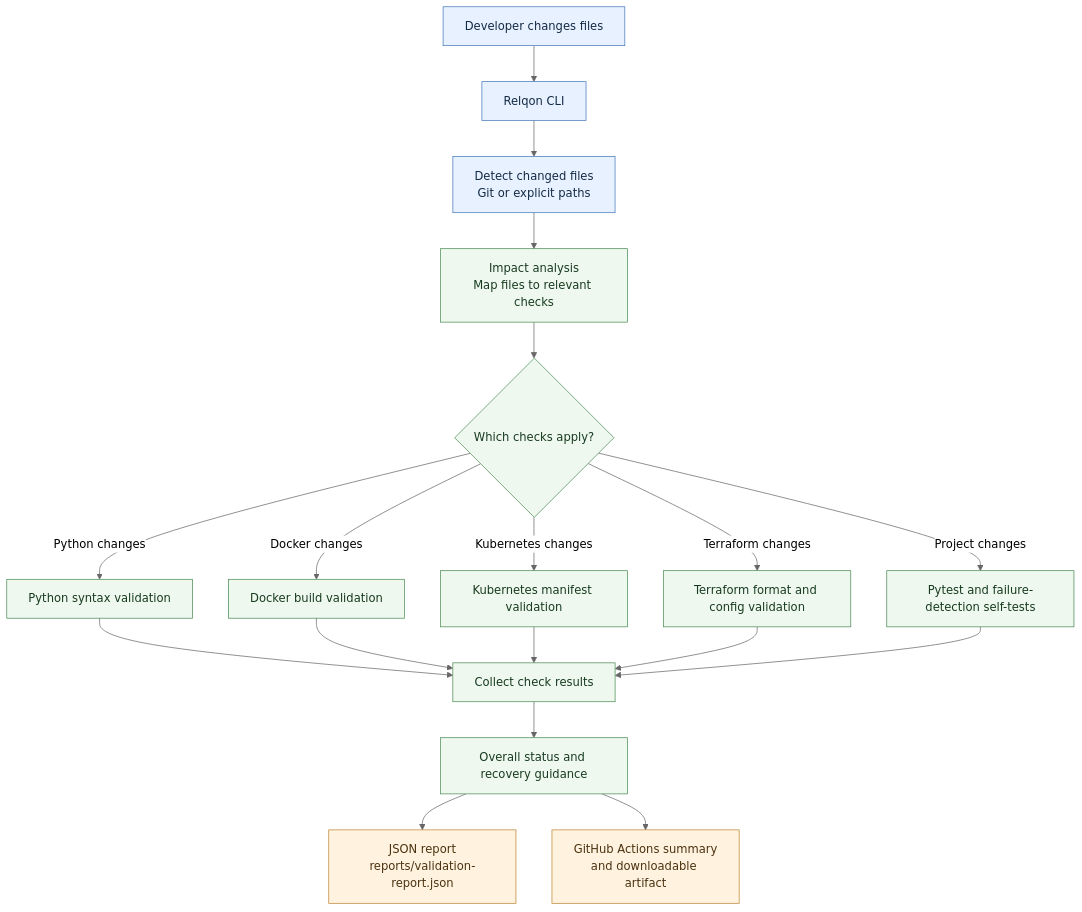
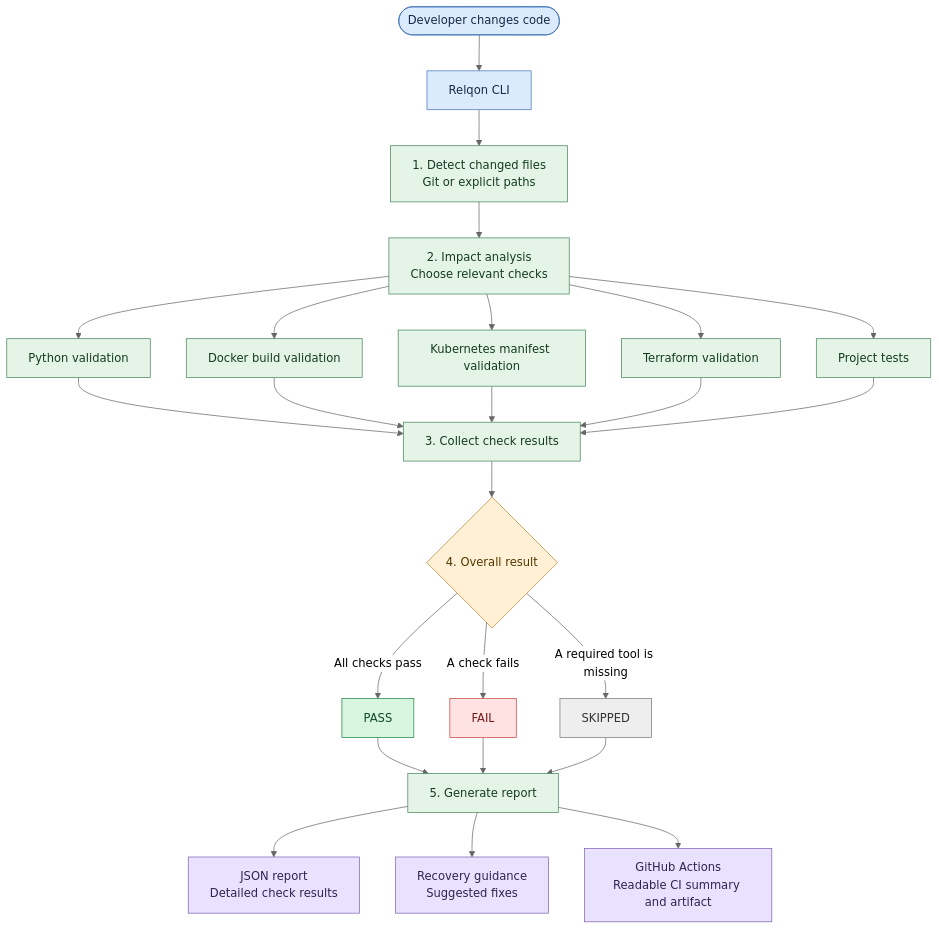
Before and after one commit to vijayreddy8/relqon: the diagram in README.md, drawn with Mermaid (neutral theme). The commit also changed other lines of this file, not shown here.

Commit message:
docs: simplify Relqon architecture diagram

````diff
--- a/README.md
+++ b/README.md
@@ -20,27 +20,47 @@
 ```mermaid
 flowchart TD
-    A["Developer changes files"] --> B["Relqon CLI"]
-    B --> C["Detect changed files<br/>Git or explicit paths"]
-    C --> D["Impact analysis<br/>Map files to relevant checks"]
-    D --> E{"Which checks apply?"}
-    E -->|Python changes| F["Python syntax validation"]
-    E -->|Docker changes| G["Docker build validation"]
-    E -->|Kubernetes changes| H["Kubernetes manifest validation"]
-    E -->|Terraform changes| I["Terraform format and config validation"]
-    E -->|Project changes| J["Pytest and failure-detection self-tests"]
-    F --> K["Collect check results"]
-    G --> K
-    H --> K
-    I --> K
-    J --> K
-    K --> L["Overall status and recovery guidance"]
-    L --> M["JSON report<br/>reports/validation-report.json"]
-    L --> N["GitHub Actions summary<br/>and downloadable artifact"]
+    A(["Developer changes code"]) --> B["Relqon CLI"]
+    B --> C["1. Detect changed files<br/>Git or explicit paths"]
+    C --> D["2. Impact analysis<br/>Choose relevant checks"]
 
-    classDef input fill:#e8f1ff,stroke:#4778b8,color:#142b45
-    classDef process fill:#eef8ee,stroke:#4b8b55,color:#183b20
-    classDef output fill:#fff3df,stroke:#bd8531,color:#4b3210
-    class A,B,C input
-    class D,E,F,G,H,I,J,K,L process
-    class M,N output
+    D --> E["Python validation"]
+    D --> F["Docker build validation"]
+    D --> G["Kubernetes manifest validation"]
+    D --> H["Terraform validation"]
+    D --> I["Project tests"]
+
+    E --> J["3. Collect check results"]
+    F --> J
+    G --> J
+    H --> J
+    I --> J
+
+    J --> K{"4. Overall result"}
+    K -->|All checks pass| L["PASS"]
+    K -->|A check fails| M["FAIL"]
+    K -->|A required tool is missing| N["SKIPPED"]
+
+    L --> O["5. Generate report"]
+    M --> O
+    N --> O
+
+    O --> P["JSON report<br/>Detailed check results"]
+    O --> Q["Recovery guidance<br/>Suggested fixes"]
+    O --> R["GitHub Actions<br/>Readable CI summary and artifact"]
+
+    classDef start fill:#dceafe,stroke:#4778b8,color:#142b45
+    classDef process fill:#e4f5e8,stroke:#47845a,color:#173b22
+    classDef decision fill:#fff0d6,stroke:#bd8531,color:#543800
+    classDef success fill:#d7f5df,stroke:#218344,color:#124b27
+    classDef failure fill:#ffe2e2,stroke:#c74444,color:#711d1d
+    classDef skipped fill:#eeeeee,stroke:#777777,color:#333333
+    classDef output fill:#e9e2ff,stroke:#8063b2,color:#32234f
+
+    class A,B start
+    class C,D,E,F,G,H,I,J,O process
+    class K decision
+    class L success
+    class M failure
+    class N skipped
+    class P,Q,R output
 ```
````
